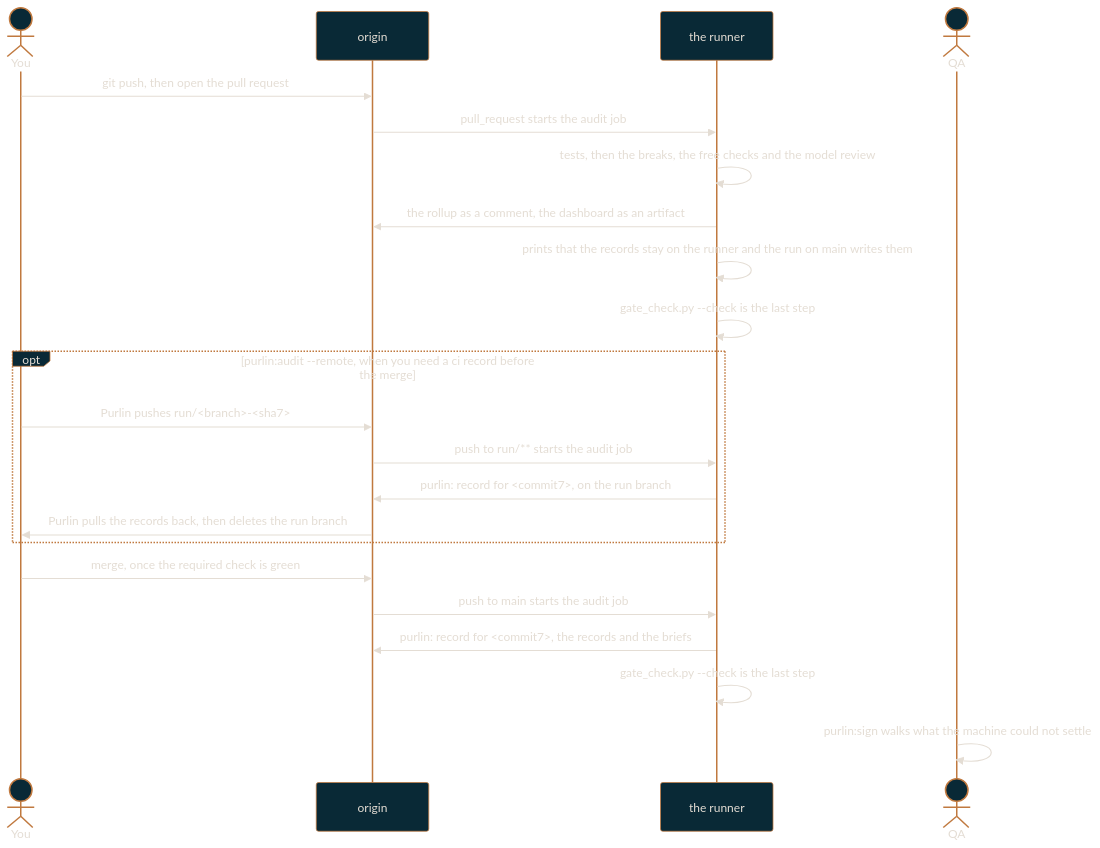
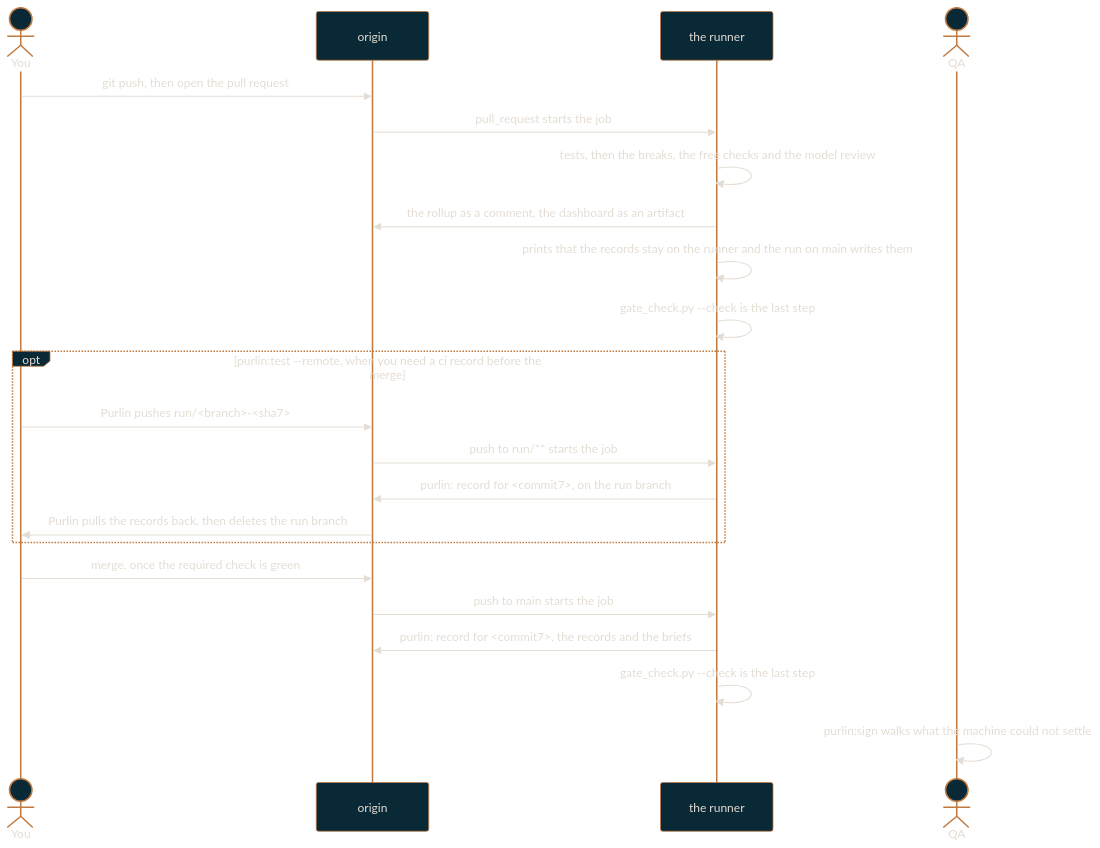
One commit to rlabarca/purlin changed the diagram in docs/team-workflow.md. Above: the diagram before and after it, drawn with Mermaid. The commit also changed other lines of this file and 9 other files, not shown here.

````diff
--- a/docs/team-workflow.md
+++ b/docs/team-workflow.md
@@ -37,25 +38,25 @@
 ```mermaid
 %%{init: {"theme": "base", "themeVariables": {"background": "#0C3444", "primaryColor": "#092936", "primaryTextColor": "#E4DDD4", "primaryBorderColor": "#C0793F", "lineColor": "#C0793F", "secondaryColor": "#0C3444", "tertiaryColor": "#092936", "fontFamily": "Arial", "textColor": "#E4DDD4"}}}%%
 sequenceDiagram
     actor You
     participant Origin as origin
     participant CI as the runner
     actor QA
     You->>Origin: git push, then open the pull request
-    Origin->>CI: pull_request starts the audit job
+    Origin->>CI: pull_request starts the job
     CI->>CI: tests, then the breaks, the free checks and the model review
     CI->>Origin: the rollup as a comment, the dashboard as an artifact
     CI->>CI: prints that the records stay on the runner and the run on main writes them
     CI->>CI: gate_check.py --check is the last step
-    opt purlin:audit --remote, when you need a ci record before the merge
+    opt purlin:test --remote, when you need a ci record before the merge
         You->>Origin: Purlin pushes run/<branch>-<sha7>
-        Origin->>CI: push to run/** starts the audit job
+        Origin->>CI: push to run/** starts the job
         CI->>Origin: purlin: record for <commit7>, on the run branch
         Origin->>You: Purlin pulls the records back, then deletes the run branch
     end
     You->>Origin: merge, once the required check is green
-    Origin->>CI: push to main starts the audit job
+    Origin->>CI: push to main starts the job
     CI->>Origin: purlin: record for <commit7>, the records and the briefs
     CI->>CI: gate_check.py --check is the last step
     QA->>QA: purlin:sign walks what the machine could not settle
 ```
````
